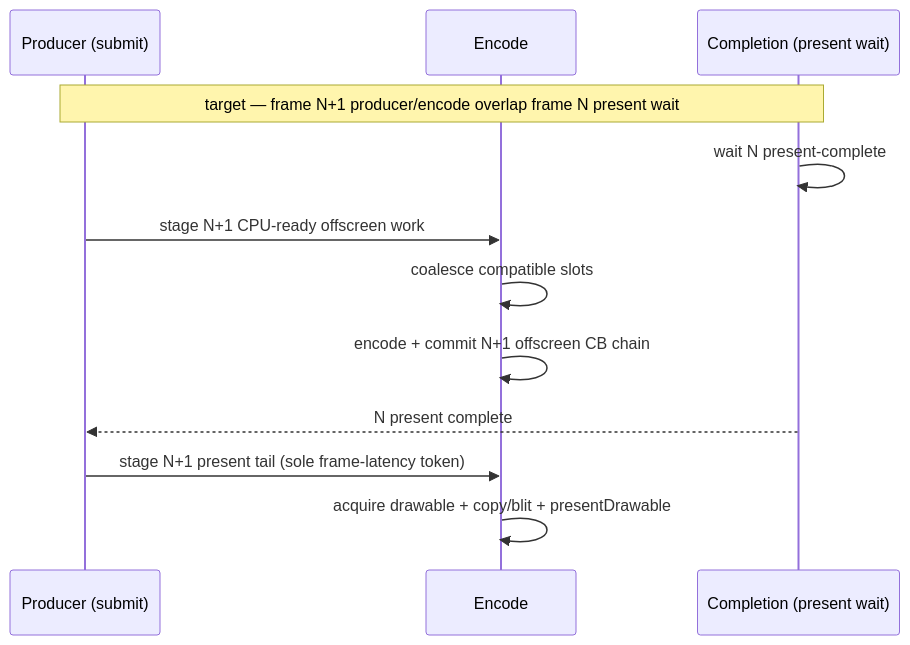
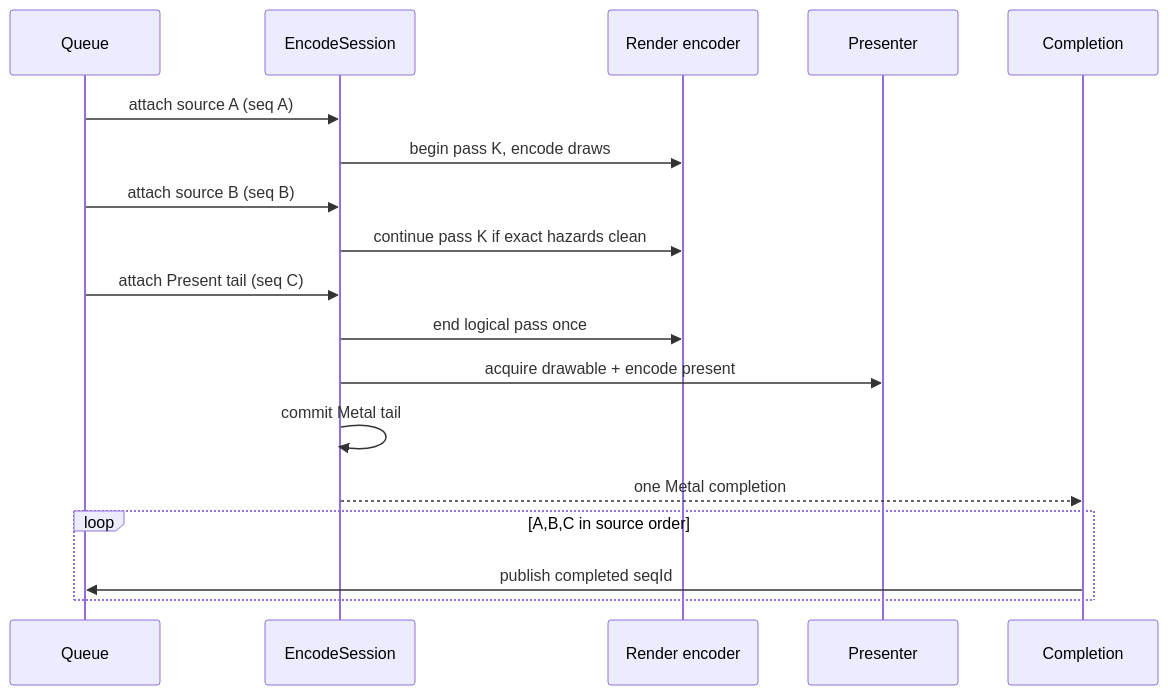
Before and after one commit to dfdgsdfg/dxmt9: the eighth of 29 diagrams in specs/backend/design.md, drawn with Mermaid. The commit also changed other lines of this file and 2 other files, not shown here.

First line of the commit message:
docs: update backend spec for open-CB encode-session and present batching

````diff
--- a/specs/backend/design.md
+++ b/specs/backend/design.md
@@ -312,14 +500,21 @@
 ```mermaid
 sequenceDiagram
-  participant P as Producer (submit)
-  participant E as Encode
-  participant C as Completion (present wait)
-  Note over P,C: target — frame N+1 producer/encode overlap frame N present wait
-  C->>C: wait N present-complete
-  P->>E: stage N+1 CPU-ready offscreen work
-  E->>E: coalesce compatible slots
-  E->>E: encode + commit N+1 offscreen CB chain
-  C-->>P: N present complete
-  P->>E: stage N+1 present tail (sole frame-latency token)
-  E->>E: acquire drawable + copy/blit + presentDrawable
+  participant Q as Queue
+  participant S as EncodeSession
+  participant R as Render encoder
+  participant P as Presenter
+  participant C as Completion
+
+  Q->>S: attach source A (seq A)
+  S->>R: begin pass K, encode draws
+  Q->>S: attach source B (seq B)
+  S->>R: continue pass K if exact hazards clean
+  Q->>S: attach Present tail (seq C)
+  S->>R: end logical pass once
+  S->>P: acquire drawable + encode present
+  S->>S: commit Metal tail
+  S-->>C: one Metal completion
+  loop A,B,C in source order
+    C->>Q: publish completed seqId
+  end
 ```
````
